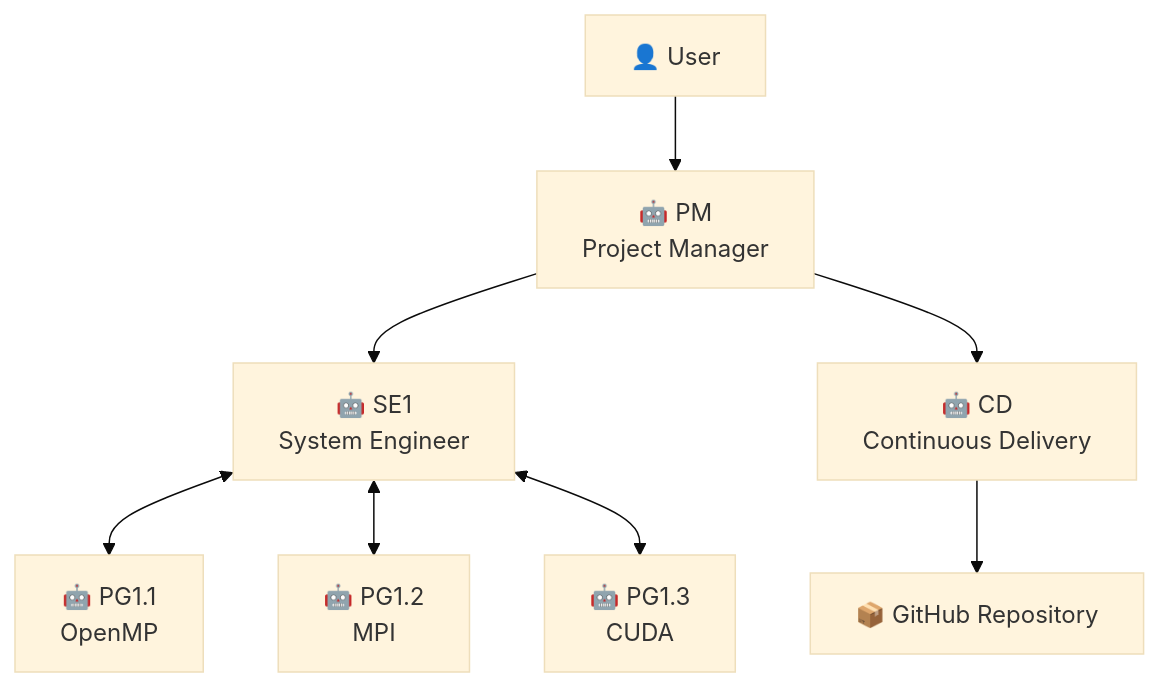
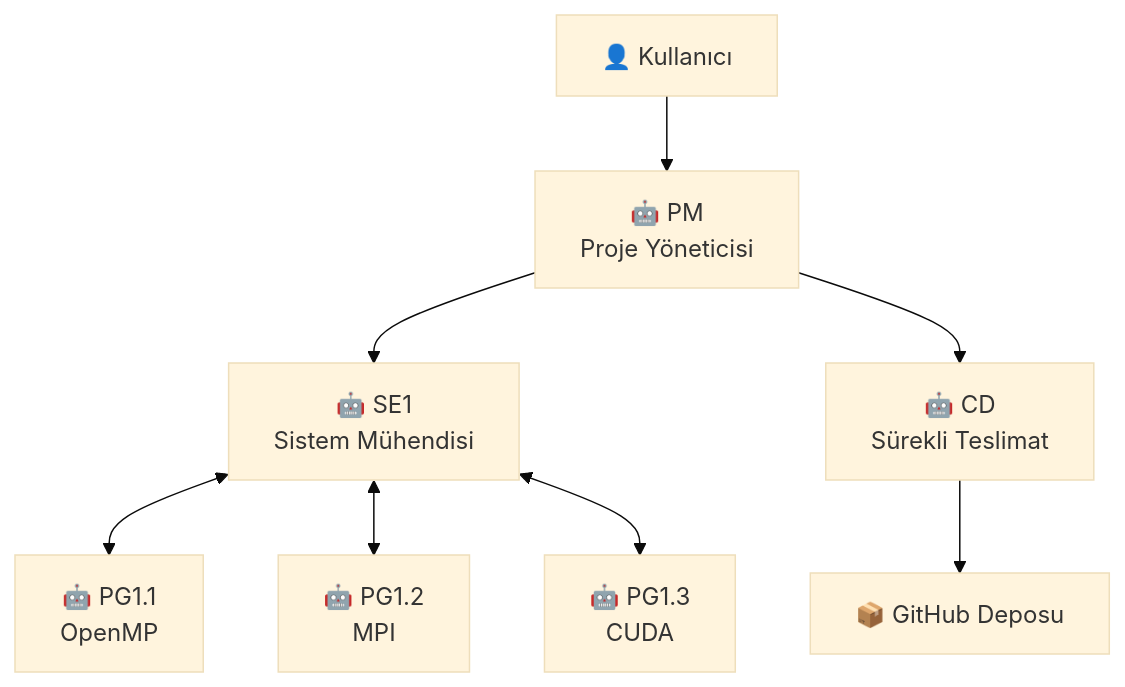
The first of 3 diagrams in README.md (erkinalp/VibeCodeHPC-tr), drawn with Mermaid (base theme) before and after one commit. The commit also changed other lines of this file and 40 other files, not shown here.

````diff
--- a/README.md
+++ b/README.md
@@ -30,12 +30,12 @@
 ```mermaid
 graph TD
-    User[👤 User] --> PM[🤖 PM<br/>Project Manager]
-    PM --> SE1[🤖 SE1<br/>System Engineer]
-    PM --> CD[🤖 CD<br/>Continuous Delivery]
+    User[👤 Kullanıcı] --> PM[🤖 PM<br/>Proje Yöneticisi]
+    PM --> SE1[🤖 SE1<br/>Sistem Mühendisi]
+    PM --> CD[🤖 CD<br/>Sürekli Teslimat]
     
     SE1 <--> PG1[🤖 PG1.1<br/>OpenMP]
     SE1 <--> PG2[🤖 PG1.2<br/>MPI]
     SE1 <--> PG3[🤖 PG1.3<br/>CUDA]
     
-    CD --> GitHub[📦 GitHub Repository]
+    CD --> GitHub[📦 GitHub Deposu]
 ```
````
